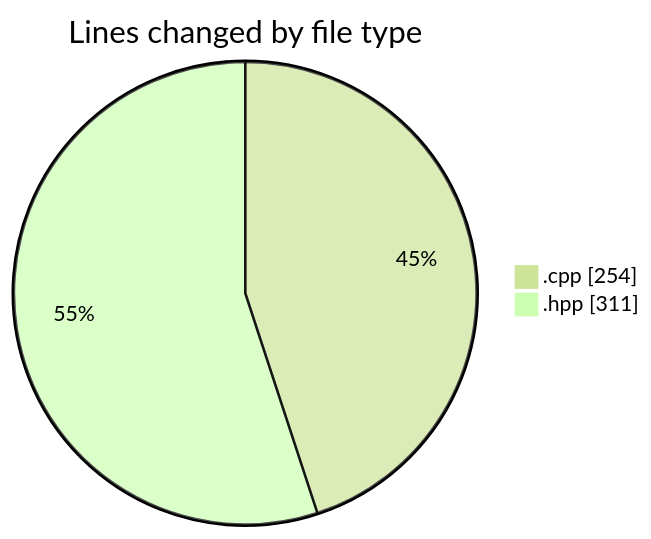
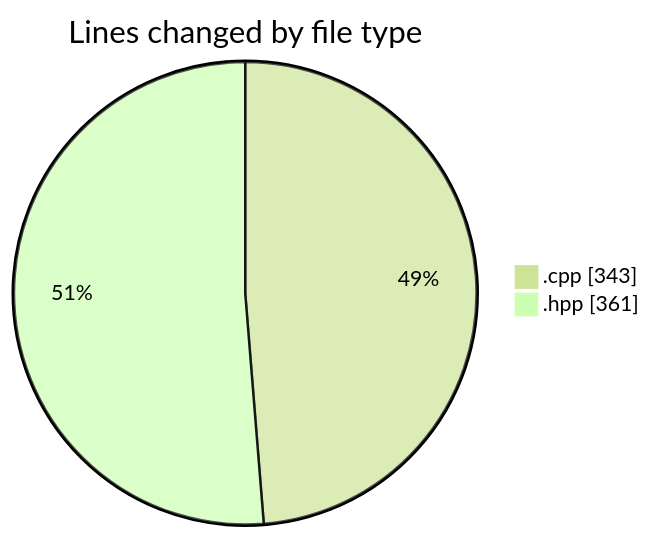
The first of 2 diagrams in 2025-05-08/date/README.md (Netris89/code-tracking), drawn with Mermaid (forest theme) before and after one commit. The commit also changed other lines of this file and 1 other file, not shown here.

````diff
--- a/2025-05-08/date/README.md
+++ b/2025-05-08/date/README.md
@@ -23,6 +25,6 @@
 ```mermaid
 pie showData
 title Lines changed by file type
-".cpp" : 254
-".hpp" : 311
+".cpp" : 343
+".hpp" : 361
 ```
````
